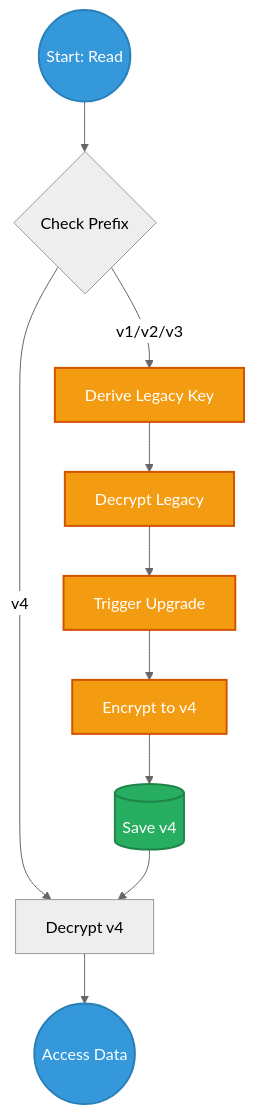
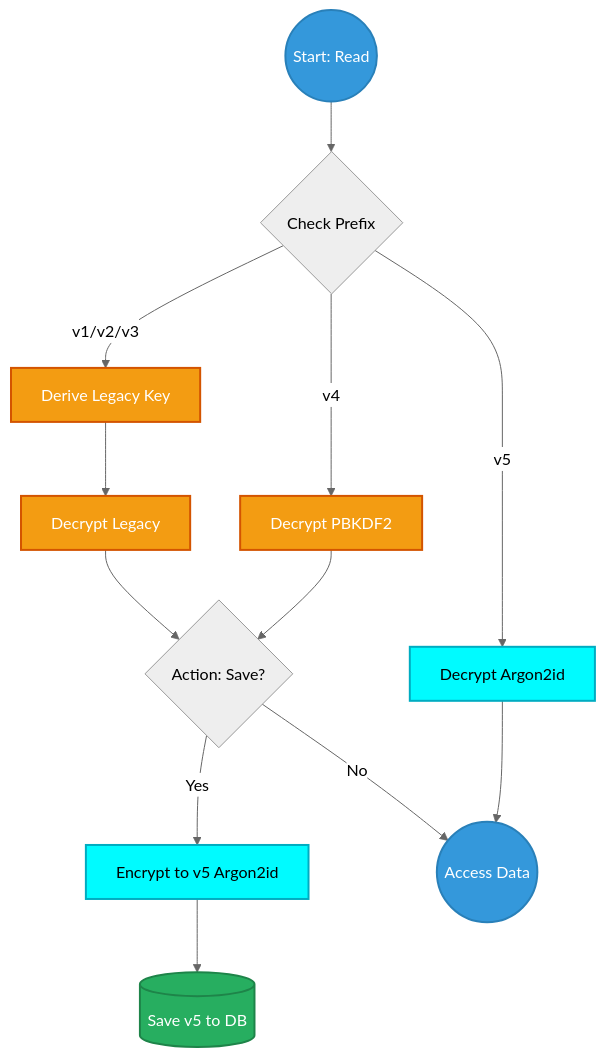
Before and after one commit to Nooch98/PassGuard-OS: the first of 2 diagrams in README.md, drawn with Mermaid (neutral theme). The commit also changed other lines of this file, not shown here.

````diff
--- a/README.md
+++ b/README.md
@@ -305,25 +309,28 @@
 ```mermaid
 graph TD
-    %% Estilos mejorados para alto contraste
     classDef process fill:#3498db,stroke:#2980b9,stroke-width:2px,color:#ffffff;
     classDef database fill:#27ae60,stroke:#1e8449,stroke-width:2px,color:#ffffff;
     classDef legacy fill:#f39c12,stroke:#d35400,stroke-width:2px,color:#ffffff;
+    classDef modern fill:#00fbff,stroke:#00acc1,stroke-width:2px,color:#000000;
 
     Start((Start: Read)) --> Check{Check Prefix}
     
-    Check -- "v4" --> DecryptV4[Decrypt v4]
+    Check -- "v5" --> DecryptV5[Decrypt Argon2id]
+    Check -- "v4" --> DecryptV4[Decrypt PBKDF2]
     Check -- "v1/v2/v3" --> Legacy[Derive Legacy Key]
     
     Legacy --> DecryptLegacy[Decrypt Legacy]
-    DecryptLegacy --> Upgrade[Trigger Upgrade]
-    Upgrade --> EncryptV4[Encrypt to v4]
-    EncryptV4 --> SaveDB[(Save v4)]
+    DecryptV4 --> UpgradeTrigger{Action: Save?}
+    DecryptLegacy --> UpgradeTrigger
     
-    SaveDB --> DecryptV4
-    DecryptV4 --> Done((Access Data))
+    UpgradeTrigger -- "Yes" --> EncryptV5[Encrypt to v5 Argon2id]
+    EncryptV5 --> SaveDB[(Save v5 to DB)]
+    
+    DecryptV5 --> Done((Access Data))
+    UpgradeTrigger -- "No" --> Done
 
-    %% Aplicar estilos
     class Start,Done process;
     class SaveDB database;
-    class Legacy,DecryptLegacy,Upgrade,EncryptV4 legacy;
+    class Legacy,DecryptLegacy,DecryptV4 legacy;
+    class DecryptV5,EncryptV5 modern;
 ```
````
